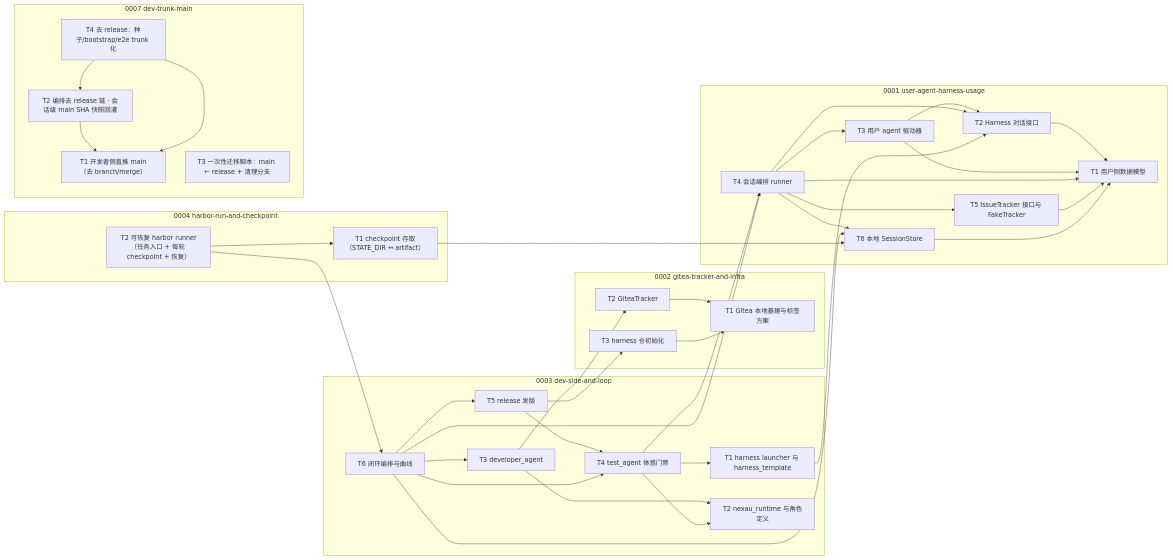
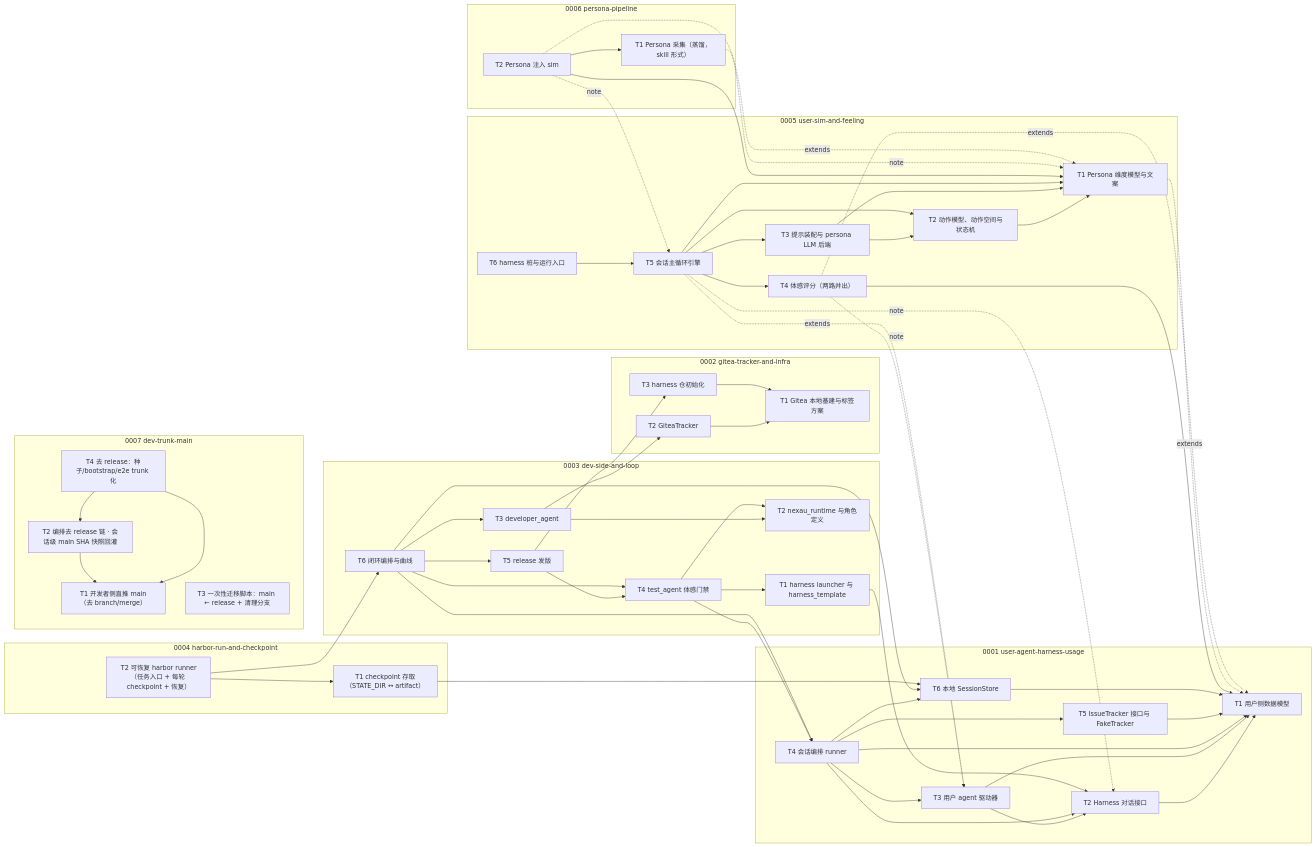
One commit to Curry09/AHE-Beta changed the first of 10 diagrams in docs/specs/OVERVIEW.md. Above: the diagram before and after it, drawn with Mermaid. The commit also changed other lines of this file, not shown here.

````diff
--- a/docs/specs/OVERVIEW.md
+++ b/docs/specs/OVERVIEW.md
@@ -209,6 +231,18 @@
     subgraph G0004[0004 harbor-run-and-checkpoint]
         n0004_T1["T1 checkpoint 存取（STATE_DIR ↔ artifact）"]
         n0004_T2["T2 可恢复 harbor runner（任务入口 + 每轮 checkpoint + 恢复）"]
+    end
+    subgraph G0005[0005 user-sim-and-feeling]
+        n0005_T1["T1 Persona 维度模型与文案"]
+        n0005_T2["T2 动作模型、动作空间与状态机"]
+        n0005_T3["T3 提示装配与 persona LLM 后端"]
+        n0005_T4["T4 体感评分（两路并出）"]
+        n0005_T5["T5 会话主循环引擎"]
+        n0005_T6["T6 harness 桩与运行入口"]
+    end
+    subgraph G0006[0006 persona-pipeline]
+        n0006_T1["T1 Persona 采集（蒸馏，skill 形式）"]
+        n0006_T2["T2 Persona 注入 sim"]
     end
     subgraph G0007[0007 dev-trunk-main]
         n0007_T1["T1 开发者侧直推 main（去 branch/merge）"]
@@ -244,7 +278,26 @@
     n0004_T1 --> n0001_T6
     n0004_T2 --> n0004_T1
     n0004_T2 --> n0003_T6
+    n0005_T2 --> n0005_T1
+    n0005_T3 --> n0005_T1
+    n0005_T3 --> n0005_T2
+    n0005_T4 --> n0001_T1
+    n0005_T5 --> n0005_T1
+    n0005_T5 --> n0005_T2
+    n0005_T5 --> n0005_T3
+    n0005_T5 --> n0005_T4
+    n0005_T6 --> n0005_T5
+    n0006_T2 --> n0006_T1
+    n0006_T2 --> n0005_T1
     n0007_T2 --> n0007_T1
     n0007_T4 --> n0007_T1
     n0007_T4 --> n0007_T2
+    n0005_T1 -.extends.-> n0001_T1
+    n0005_T4 -.extends.-> n0001_T1
+    n0005_T4 -.note.-> n0001_T3
+    n0005_T5 -.extends.-> n0001_T3
+    n0005_T5 -.note.-> n0001_T2
+    n0006_T1 -.note.-> n0005_T1
+    n0006_T2 -.extends.-> n0005_T1
+    n0006_T2 -.note.-> n0005_T5
 ```
````
